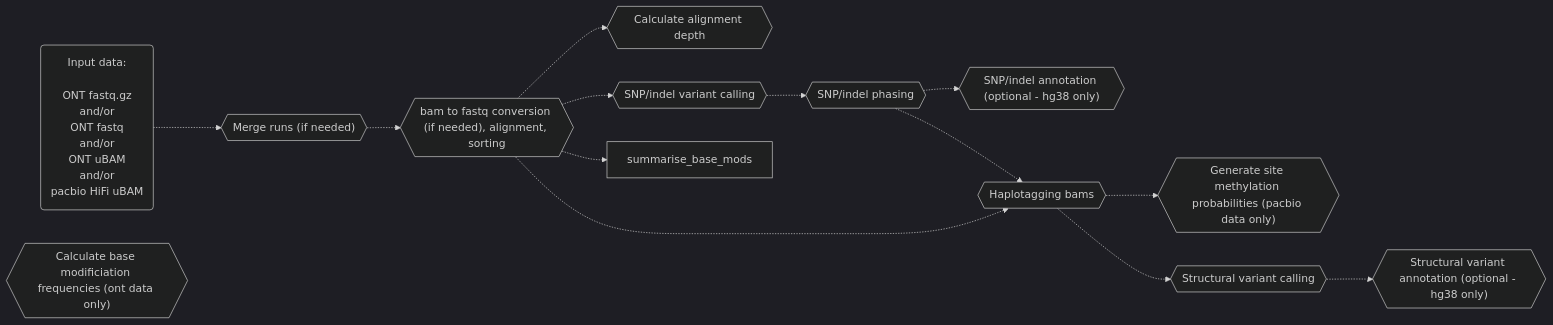
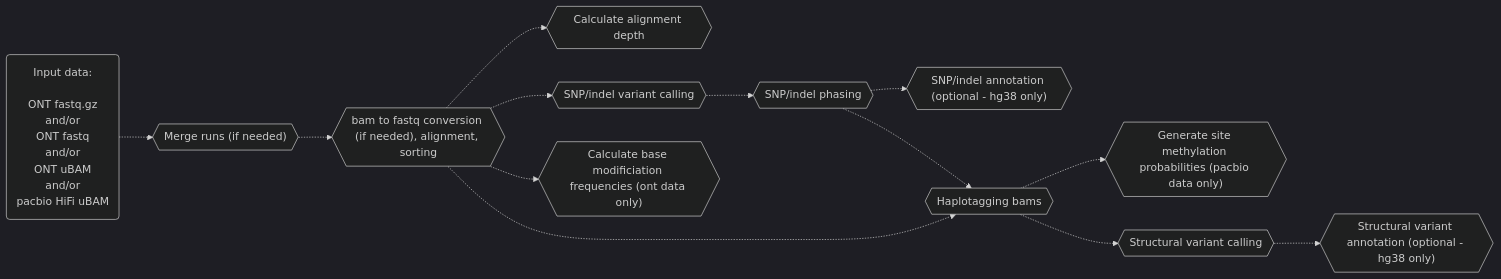
Before and after one commit to leahkemp/pipeface: the first of 2 diagrams in README.md, drawn with Mermaid.

````diff
--- a/README.md
+++ b/README.md
@@ -17,26 +17,26 @@
 ```mermaid
 %%{init: {'theme':'dark'}}%%
 flowchart LR
 
 input_data("Input data: <br><br> ONT fastq.gz <br> and/or <br> ONT fastq <br> and/or <br> ONT uBAM <br> and/or <br> pacbio HiFi uBAM")
 merging{{"Merge runs (if needed)"}}
 alignment{{"bam to fastq conversion (if needed), alignment, sorting"}}
 depth{{"Calculate alignment depth"}}
 snp_indel_calling{{"SNP/indel variant calling"}}
 snp_indel_phasing{{"SNP/indel phasing"}}
 snp_indel_annotation{{"SNP/indel annotation (optional - hg38 only)"}}
 haplotagging{{"Haplotagging bams"}}
 calculate_base_mod_freqs{{"Calculate base modificiation frequencies (ont data only)"}}
 generate_meth_probs{{"Generate site methylation probabilities (pacbio data only)"}}
 sv_calling{{"Structural variant calling"}}
 sv_annotation{{"Structural variant annotation (optional - hg38 only)"}}
 
 input_data-.->merging-.->alignment-.->snp_indel_calling-.->snp_indel_phasing-.->haplotagging-.->sv_calling
 alignment-.->depth
-alignment-.->summarise_base_mods
+alignment-.->calculate_base_mod_freqs
 alignment-.->haplotagging
 haplotagging-.->generate_meth_probs
 snp_indel_phasing-.->snp_indel_annotation
 sv_calling-.->sv_annotation
 
 ```
````
